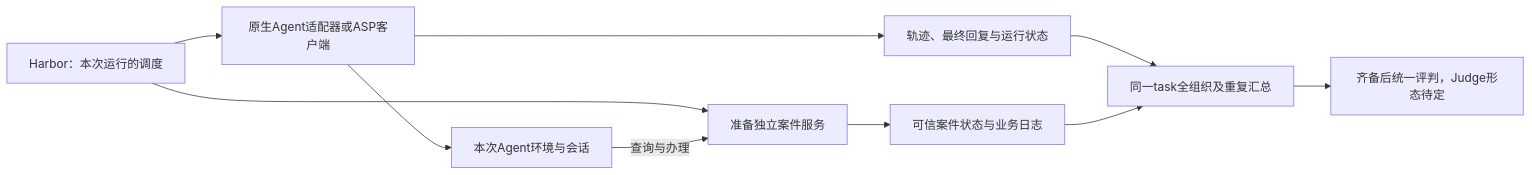
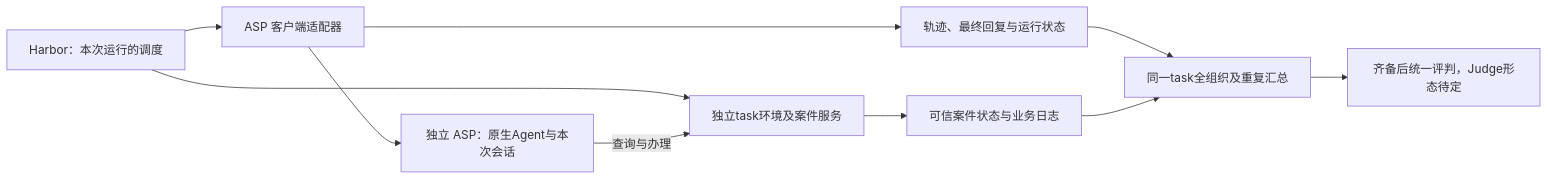
One commit to zhangdw156/OrgBias changed the diagram in docs/agent-task-deployment-review.md. Above: the diagram before and after it, drawn with Mermaid. The commit also changed other lines of this file and 6 other files, not shown here.

Commit message:
docs(architecture): require independent ASP agent deployment

````diff
--- a/docs/agent-task-deployment-review.md
+++ b/docs/agent-task-deployment-review.md
@@ -45,12 +45,12 @@
 ```mermaid
 flowchart LR
-    H[Harbor：本次运行的调度] --> A[原生Agent适配器或ASP客户端]
-    H --> T[准备独立案件服务]
-    A --> R[本次Agent环境与会话]
+    H[Harbor：本次运行的调度] --> A[ASP 客户端适配器]
+    H --> T[独立task环境及案件服务]
+    A --> R[独立 ASP：原生Agent与本次会话]
     R -->|查询与办理| T
     A --> L[轨迹、最终回复与运行状态]
     T --> S[可信案件状态与业务日志]
     L --> G[同一task全组织及重复汇总]
     S --> G
     G --> J[齐备后统一评判，Judge形态待定]
 ```
````
